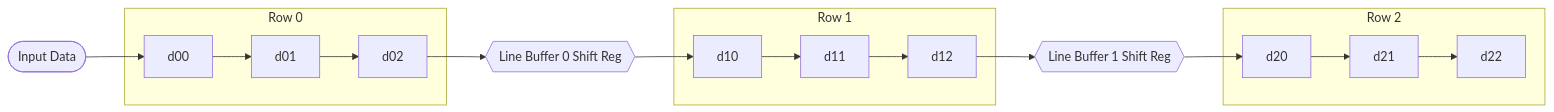
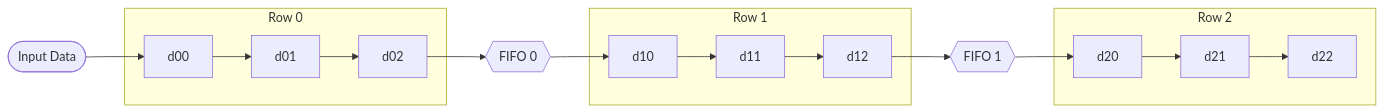
The diagram in Presentazione/sections/05_buffer_pipeline.md (XBlayz/DigitalSystem_Study), drawn with Mermaid before and after one commit.

Commit message:
docs(presentation): update buffer pipeline diagram to use fifo instead of shift reg
Changed line buffer representation in Mermaid diagram from "Shift Reg" to "FIFO" for accuracy.
Added TODO comment for implementation image.

````diff
--- a/Presentazione/sections/05_buffer_pipeline.md
+++ b/Presentazione/sections/05_buffer_pipeline.md
@@ -17,25 +17,20 @@
 ```mermaid
 graph LR
-    %% Stili
-    classDef reg fill:#3498db,stroke:#2980b9,color:white;
-    classDef buf fill:#e67e22,stroke:#d35400,color:white;
-    classDef inout fill:#2ecc71,stroke:#27ae60,color:white;
-
     IN([Input Data]) --> D00
 
     subgraph "Row 0"
         D00[d00] --> D01[d01] --> D02[d02]
     end
 
-    D02 --> B1{{Line Buffer 0 Shift Reg}} --> D10
+    D02 --> B1{{FIFO 0}} --> D10
 
     subgraph "Row 1"
         D10[d10] --> D11[d11] --> D12[d12]
     end
 
-    D12 --> B2{{Line Buffer 1 Shift Reg}} --> D20
+    D12 --> B2{{FIFO 1}} --> D20
 
     subgraph "Row 2"
         D20[d20] --> D21[d21] --> D22[d22]
     end
 ```
````
